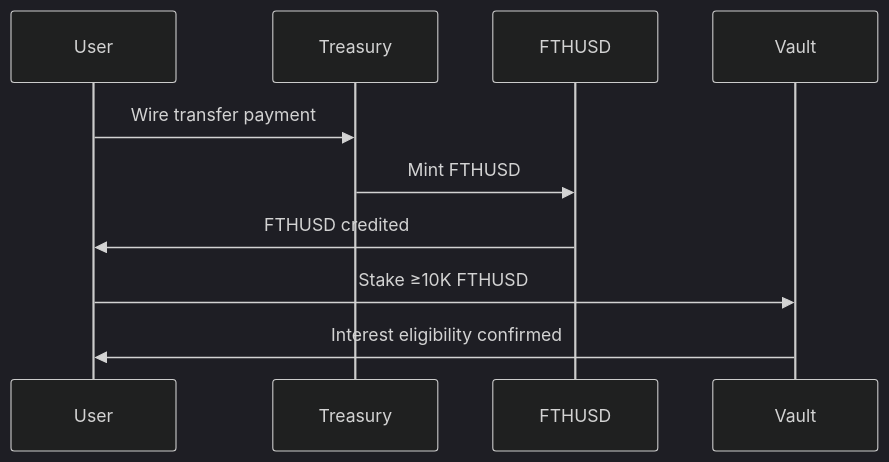
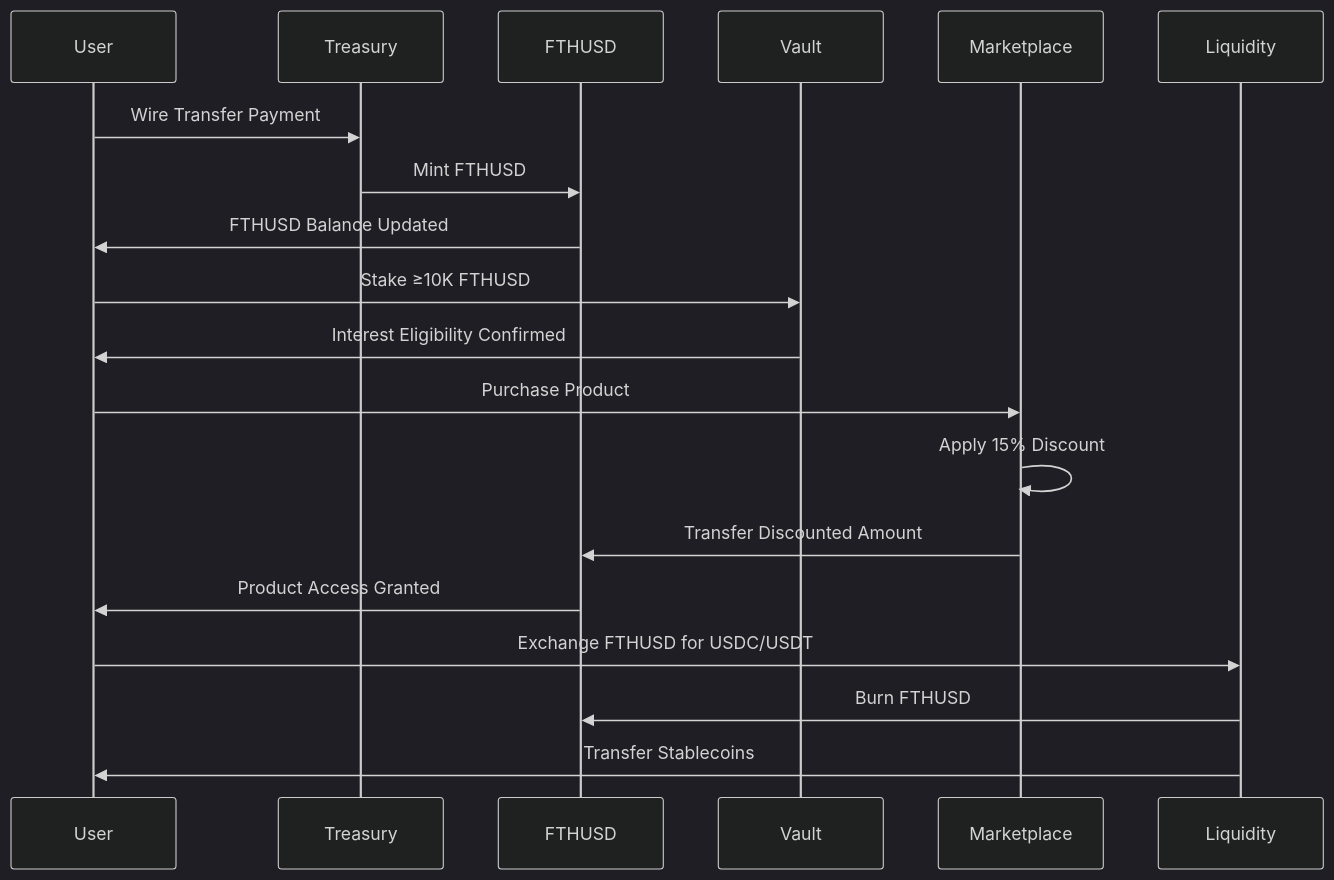
The second of 6 diagrams in FTHUSD/docs/README.md (kevanbtc/Landlord-tenant), drawn with Mermaid (dark theme) before and after one commit. The commit also changed other lines of this file, not shown here.

Commit message:
Enhance README with professional color-coded formatting, table of contents, flowcharts, and diagrams

````diff
--- a/FTHUSD/docs/README.md
+++ b/FTHUSD/docs/README.md
@@ -107,13 +103,25 @@
 ```mermaid
 sequenceDiagram
-    participant U as User
-    participant T as Treasury
-    participant F as FTHUSD
-    participant V as Vault
+    participant User
+    participant Treasury
+    participant FTHUSD
+    participant Vault
+    participant Marketplace
+    participant Liquidity
 
-    U->>T: Wire transfer payment
-    T->>F: Mint FTHUSD
-    F->>U: FTHUSD credited
-    U->>V: Stake ≥10K FTHUSD
-    V->>U: Interest eligibility confirmed
+    User->>Treasury: Wire Transfer Payment
+    Treasury->>FTHUSD: Mint FTHUSD
+    FTHUSD->>User: FTHUSD Balance Updated
+
+    User->>Vault: Stake ≥10K FTHUSD
+    Vault->>User: Interest Eligibility Confirmed
+
+    User->>Marketplace: Purchase Product
+    Marketplace->>Marketplace: Apply 15% Discount
+    Marketplace->>FTHUSD: Transfer Discounted Amount
+    FTHUSD->>User: Product Access Granted
+
+    User->>Liquidity: Exchange FTHUSD for USDC/USDT
+    Liquidity->>FTHUSD: Burn FTHUSD
+    Liquidity->>User: Transfer Stablecoins
 ```
````
